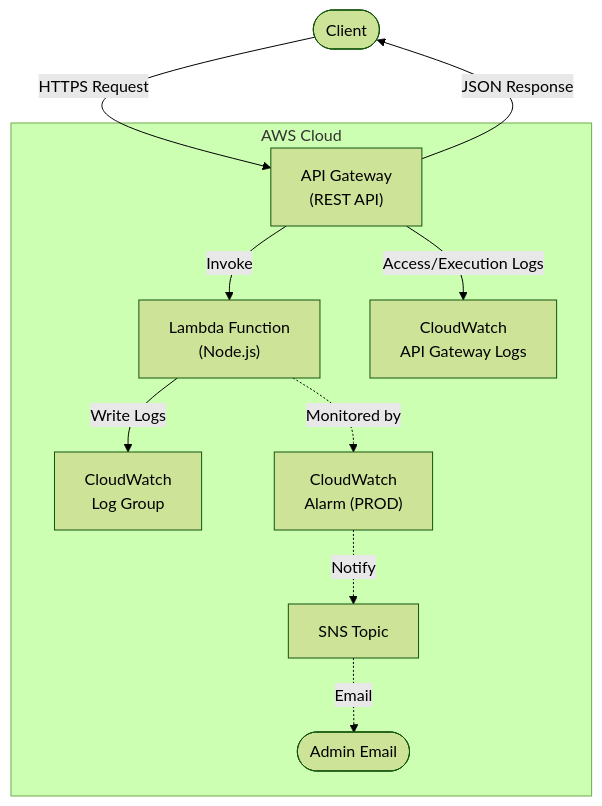
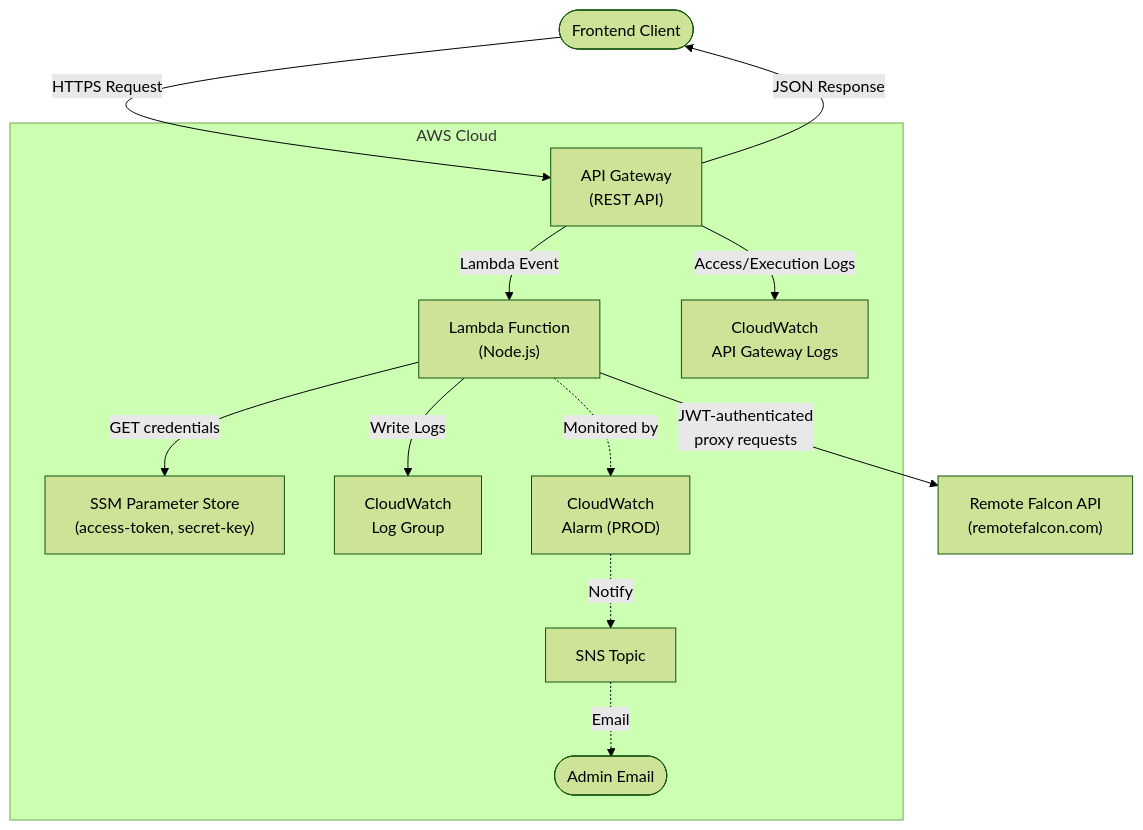
Before and after one commit to chadkluck/serverless-remote-falcon-api-proxy: the first of 2 diagrams in ARCHITECTURE.md, drawn with Mermaid (forest theme). The commit also changed other lines of this file and 52 other files, not shown here.

````diff
--- a/ARCHITECTURE.md
+++ b/ARCHITECTURE.md
@@ -34,16 +65,19 @@
 ```mermaid
 flowchart TB
-    Client([Client]) -->|HTTPS Request| APIGW
+    Client([Frontend Client]) -->|HTTPS Request| APIGW
 
     subgraph AWS["AWS Cloud"]
         APIGW["API Gateway<br/>(REST API)"]
-        APIGW -->|Invoke| Lambda["Lambda Function<br/>(Node.js)"]
+        APIGW -->|Lambda Event| Lambda["Lambda Function<br/>(Node.js)"]
+
+        Lambda -->|GET credentials| SSM["SSM Parameter Store<br/>(access-token, secret-key)"]
         Lambda -->|Write Logs| CWLogs["CloudWatch<br/>Log Group"]
         Lambda -.->|Monitored by| CWAlarm["CloudWatch<br/>Alarm (PROD)"]
         CWAlarm -.->|Notify| SNS["SNS Topic"]
         SNS -.->|Email| Email([Admin Email])
         APIGW -->|Access/Execution Logs| APILogs["CloudWatch<br/>API Gateway Logs"]
     end
 
+    Lambda -->|"JWT-authenticated<br/>proxy requests"| RFAPI["Remote Falcon API<br/>(remotefalcon.com)"]
     APIGW -->|JSON Response| Client
 ```
````
